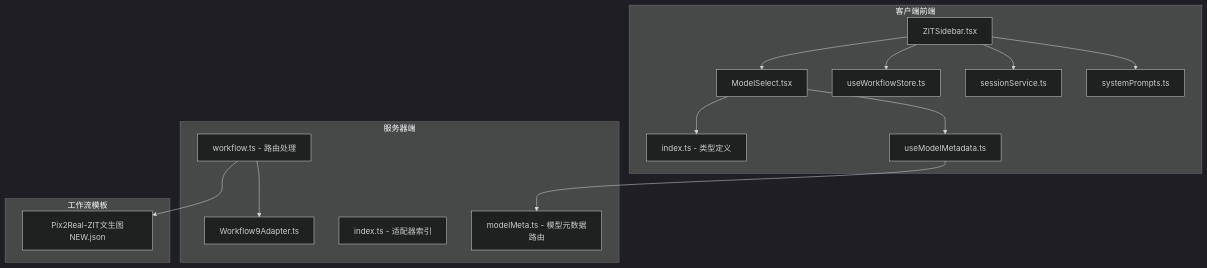
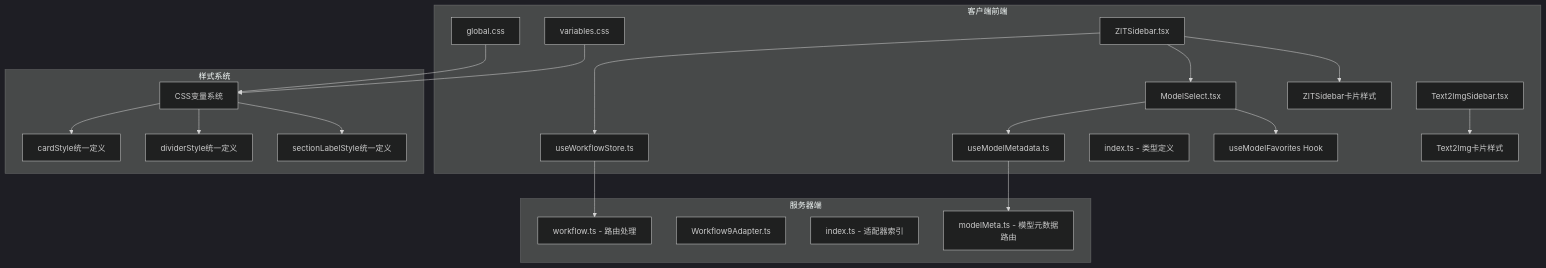
One commit to billye220670/CorineKit_Pix2Real changed the first of 10 diagrams in .qoder/repowiki/zh/content/用户界面组件/控制面板组件/ZIT快出侧边栏.md. Above: the diagram before and after it, drawn with Mermaid (dark theme). The commit also changed other lines of this file and 10 other files, not shown here.

Commit message:
feat: LoRA触发词右键上下文菜单与未使用检测 - 新增PromptContextMenu多层级右键菜单组件 - 移除侧边栏LoRA触发词文本显示，改为未使用时黄色警告图标 - 提示词输入框右键弹出菜单，支持插入LoRA触发词和标签分类数据 - Text2ImgSidebar和ZITSidebar同步更新

````diff
--- a/.qoder/repowiki/zh/content/用户界面组件/控制面板组件/ZIT快出侧边栏.md
+++ b/.qoder/repowiki/zh/content/用户界面组件/控制面板组件/ZIT快出侧边栏.md
@@ -60,30 +58,41 @@
 ```mermaid
 graph TB
 subgraph "客户端前端"
 A[ZITSidebar.tsx]
 B[ModelSelect.tsx]
 C[useWorkflowStore.ts]
-D[sessionService.ts]
-E[systemPrompts.ts]
-F[index.ts - 类型定义]
-G[useModelMetadata.ts]
+D[useModelMetadata.ts]
+E[index.ts - 类型定义]
+F[useModelFavorites Hook]
+G[global.css]
+H[variables.css]
+I[Text2ImgSidebar.tsx]
+J[Text2Img卡片样式]
+K[ZITSidebar卡片样式]
 end
 subgraph "服务器端"
-H[workflow.ts - 路由处理]
-I[Workflow9Adapter.ts]
-J[index.ts - 适配器索引]
-K[modelMeta.ts - 模型元数据路由]
+L[workflow.ts - 路由处理]
+M[Workflow9Adapter.ts]
+N[index.ts - 适配器索引]
+O[modelMeta.ts - 模型元数据路由]
 end
-subgraph "工作流模板"
-L[Pix2Real-ZIT文生图NEW.json]
+subgraph "样式系统"
+P[CSS变量系统]
+Q[cardStyle统一定义]
+R[dividerStyle统一定义]
+S[sectionLabelStyle统一定义]
 end
 A --> B
 A --> C
-A --> D
-A --> E
+B --> D
 B --> F
-B --> G
-G --> K
-H --> I
-H --> L
+C --> L
+D --> O
+G --> P
+H --> P
+I --> J
+A --> K
+P --> Q
+P --> R
+P --> S
 ```
````
